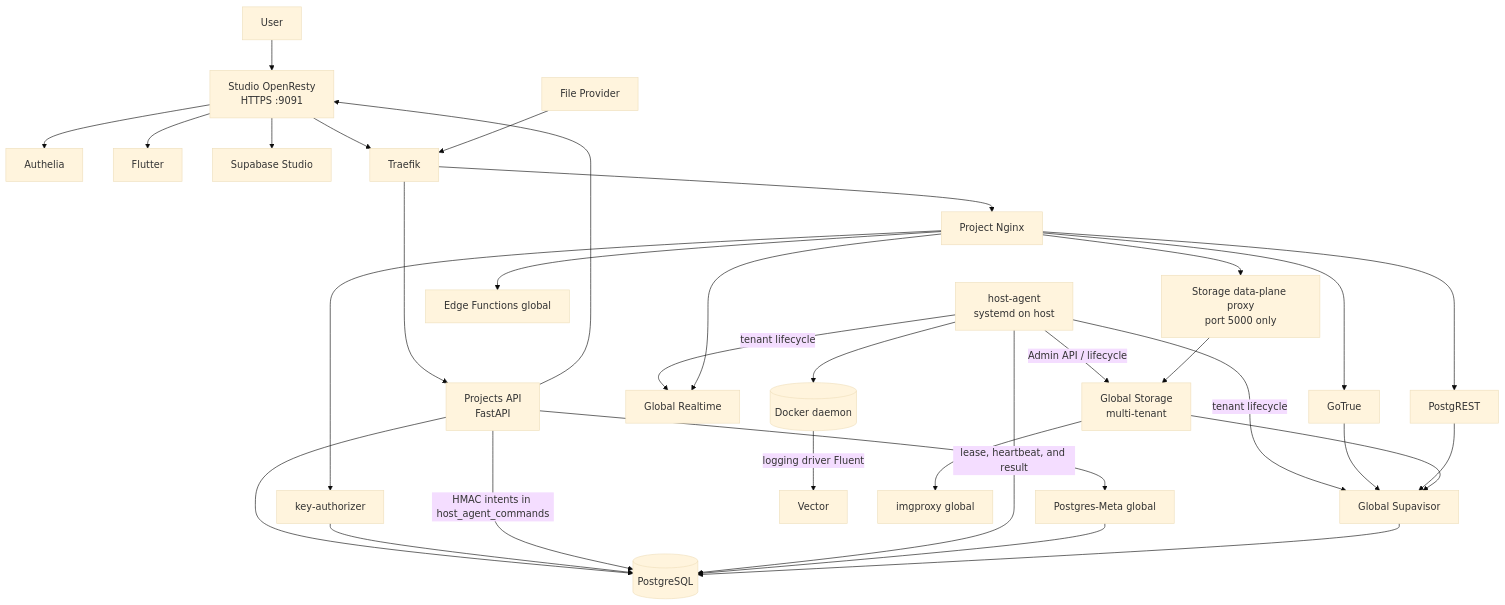
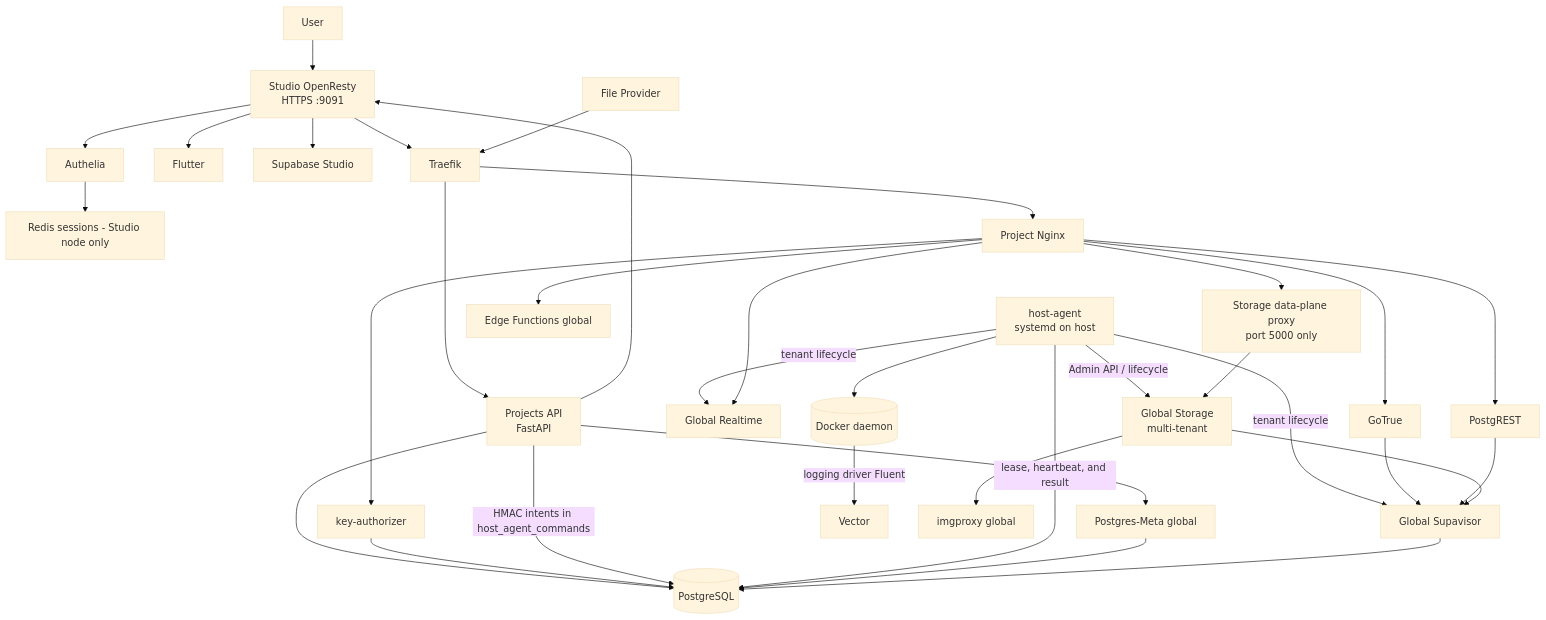
One commit to GustavoMartins123/supabase-multitenant changed the diagram in docs/00-architecture.md. Above: the diagram before and after it, drawn with Mermaid (base theme). The commit also changed 10 other files, not shown here.

Commit message:
feat(auth): require private persistent Redis sessions without memory fallback

````diff
--- a/docs/00-architecture.md
+++ b/docs/00-architecture.md
@@ -15,43 +15,44 @@
 ```mermaid
 flowchart TB
     User[User] --> StudioGateway[Studio OpenResty\nHTTPS :9091]
     StudioGateway --> Authelia[Authelia]
+    Authelia --> Sessions[Redis sessions - Studio node only]
     StudioGateway --> Selector[Flutter]
     StudioGateway --> Studio[Supabase Studio]
 
     StudioGateway --> Traefik[Traefik]
     Traefik --> ProjectsAPI[Projects API\nFastAPI]
     Traefik --> ProjectNginx[Project Nginx]
 
     ProjectsAPI --> PostgreSQL[(PostgreSQL)]
     ProjectNginx --> KeyAuthorizer[key-authorizer]
     KeyAuthorizer --> PostgreSQL
 
     ProjectsAPI -->|HMAC intents in host_agent_commands| PostgreSQL
     HostAgent[host-agent\nsystemd on host] -->|lease, heartbeat, and result| PostgreSQL
     HostAgent --> Docker[(Docker daemon)]
 
     HostAgent -->|tenant lifecycle| Realtime[Global Realtime]
     HostAgent -->|tenant lifecycle| Supavisor[Global Supavisor]
     HostAgent -->|Admin API / lifecycle| Storage[Global Storage\nmulti-tenant]
 
     ProjectsAPI --> PostgresMeta[Postgres-Meta global]
     ProjectsAPI --> StudioGateway
     PostgresMeta --> PostgreSQL
 
     DynamicConfig[File Provider] --> Traefik
     Docker -->|logging driver Fluent| Vector[Vector]
 
     ProjectNginx --> Auth[GoTrue]
     ProjectNginx --> Rest[PostgREST]
     ProjectNginx --> StorageDataPlane[Storage data-plane proxy\nport 5000 only]
     StorageDataPlane --> Storage
     Storage --> ImgProxy[imgproxy global]
     ProjectNginx --> Functions[Edge Functions global]
     ProjectNginx --> Realtime
 
     Auth --> Supavisor
     Rest --> Supavisor
     Storage --> Supavisor
     Supavisor --> PostgreSQL
 ```
````
